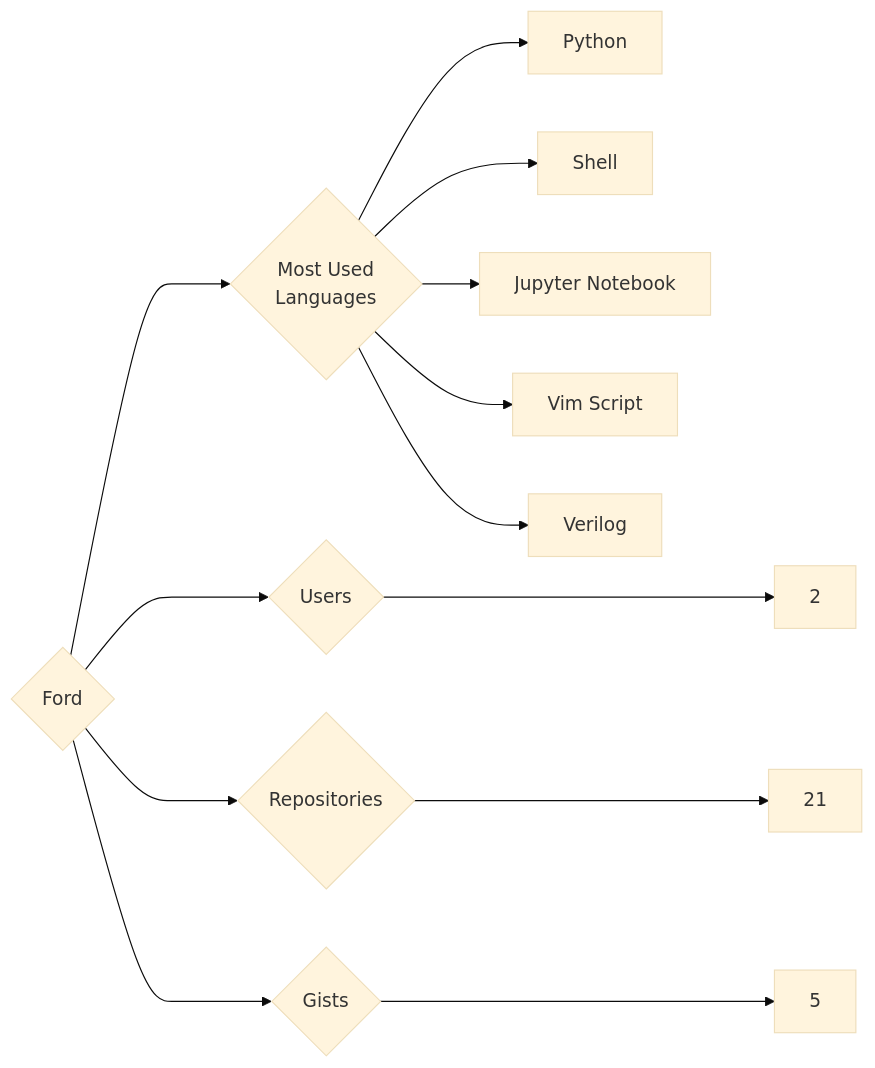
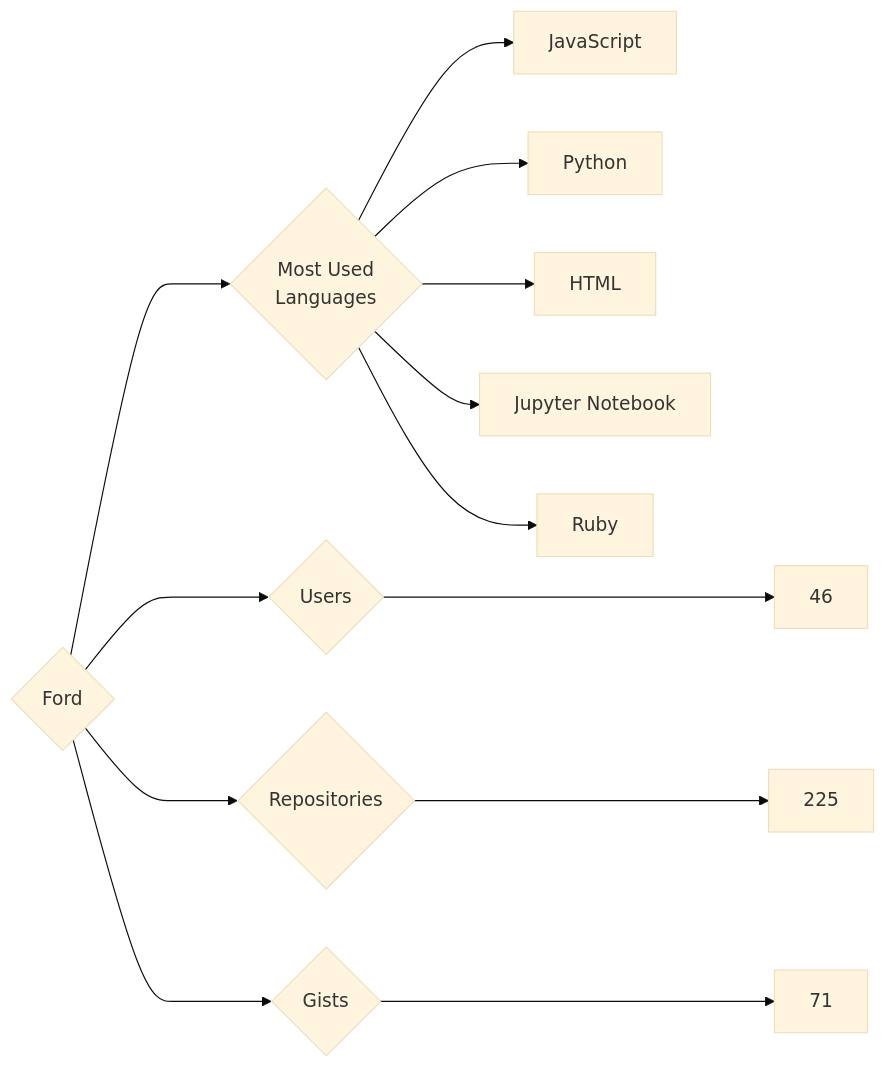
Before and after one commit to trickest/insiders: the diagram in targets/Ford/README.md, drawn with Mermaid (base theme). The commit also changed 715 other files, not shown here.

````diff
--- a/targets/Ford/README.md
+++ b/targets/Ford/README.md
@@ -3,13 +3,13 @@
 ```mermaid
 graph LR
 COMPANY_NAME{Ford}
-COMPANY_NAME ---> U{Users} ---> UN[2]
-COMPANY_NAME ---> R{Repositories} ---> RN[21]
-COMPANY_NAME ---> G{Gists} ---> GN[5]
+COMPANY_NAME ---> U{Users} ---> UN[46]
+COMPANY_NAME ---> R{Repositories} ---> RN[225]
+COMPANY_NAME ---> G{Gists} ---> GN[71]
 COMPANY_NAME ---> ML{Most Used<br>Languages}
+ML --> JavaScript[JavaScript]
 ML --> Python[Python]
-ML --> Shell[Shell]
+ML --> HTML[HTML]
 ML --> Jupyter_Notebook[Jupyter Notebook]
-ML --> Vim_Script[Vim Script]
-ML --> Verilog[Verilog]
+ML --> Ruby[Ruby]
 ```
````
